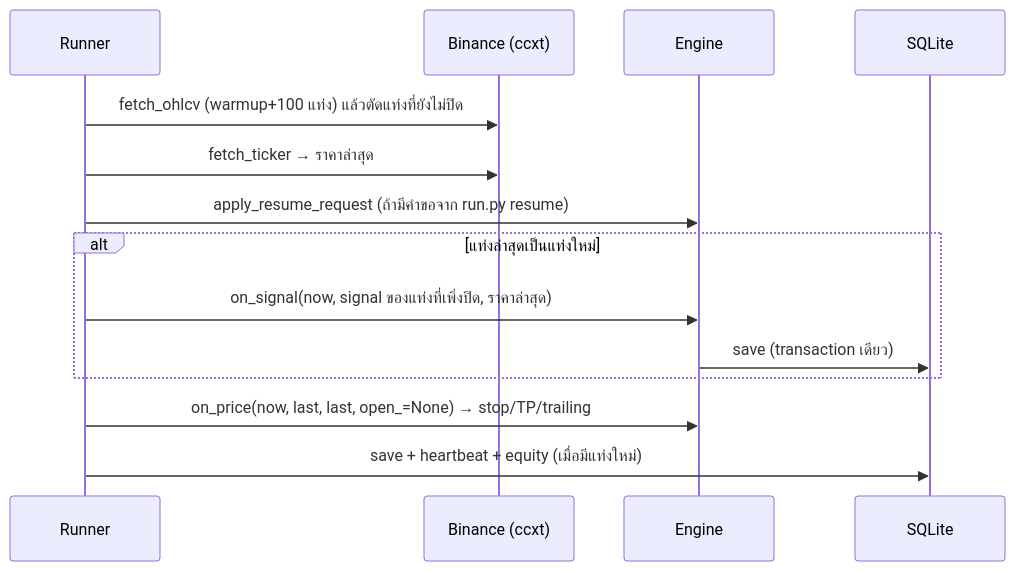
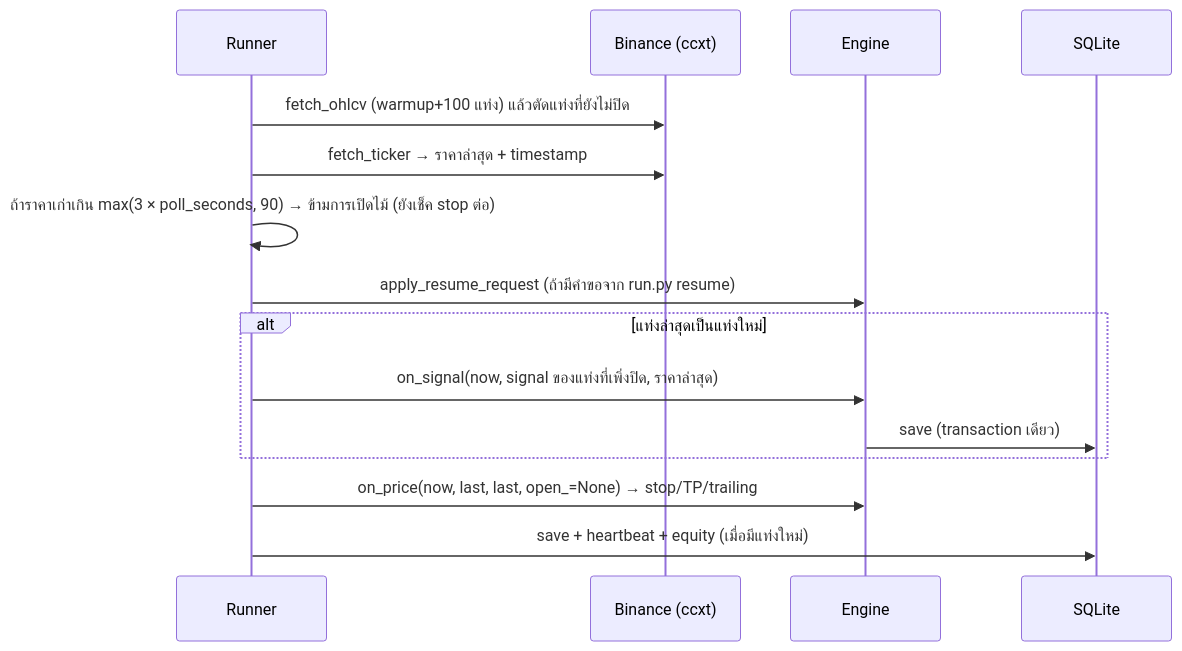
One commit to cvsz/binance-bot changed the second of 3 diagrams in docs/ARCHITECTURE.md. Above: the diagram before and after it, drawn with Mermaid. The commit also changed other lines of this file and 7 other files, not shown here.

````diff
--- a/docs/ARCHITECTURE.md
+++ b/docs/ARCHITECTURE.md
@@ -69,16 +69,17 @@
 ```mermaid
 sequenceDiagram
     participant R as Runner
     participant X as Binance (ccxt)
     participant E as Engine
     participant S as SQLite
     R->>X: fetch_ohlcv (warmup+100 แท่ง) แล้วตัดแท่งที่ยังไม่ปิด
-    R->>X: fetch_ticker → ราคาล่าสุด
+    R->>X: fetch_ticker → ราคาล่าสุด + timestamp
+    R->>R: ถ้าราคาเก่าเกิน max(3 × poll_seconds, 90) → ข้ามการเปิดไม้ (ยังเช็ค stop ต่อ)
     R->>E: apply_resume_request (ถ้ามีคำขอจาก run.py resume)
     alt แท่งล่าสุดเป็นแท่งใหม่
         R->>E: on_signal(now, signal ของแท่งที่เพิ่งปิด, ราคาล่าสุด)
         E->>S: save (transaction เดียว)
     end
     R->>E: on_price(now, last, last, open_=None) → stop/TP/trailing
     R->>S: save + heartbeat + equity (เมื่อมีแท่งใหม่)
 ```
````
